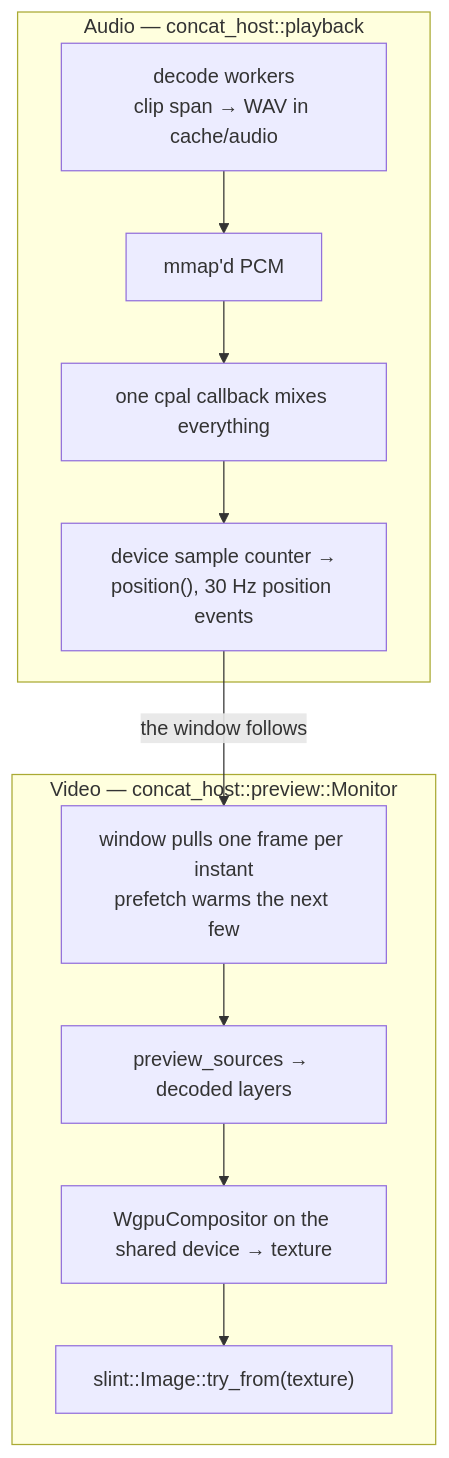
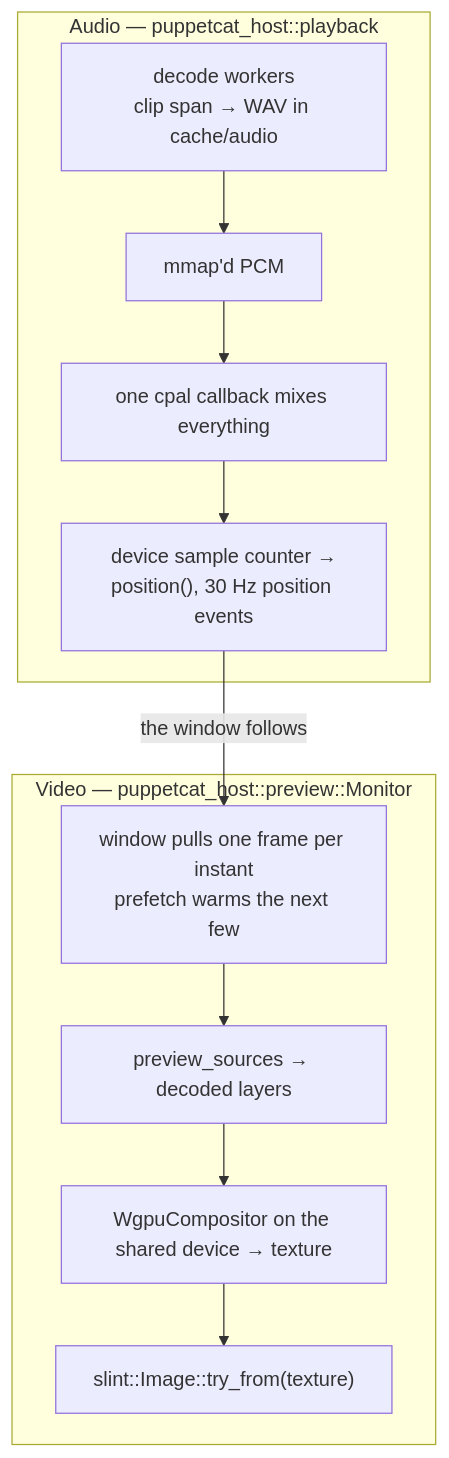
The third of 3 diagrams in ARCHITECTURE.md (optimusdag/puppetcat), drawn with Mermaid before and after one commit. The commit also changed other lines of this file and 352 other files, not shown here.

````diff
--- a/ARCHITECTURE.md
+++ b/ARCHITECTURE.md
@@ -205,18 +205,18 @@
 ```mermaid
 flowchart TB
-    subgraph AUDIO["Audio — concat_host::playback"]
+    subgraph AUDIO["Audio — puppetcat_host::playback"]
         DEC["decode workers<br/>clip span → WAV in cache/audio"]
         MMAP["mmap'd PCM"]
         CPAL["one cpal callback mixes everything"]
         CLK["device sample counter →<br/>position(), 30 Hz position events"]
         DEC --> MMAP --> CPAL --> CLK
     end
-    subgraph VIDEO["Video — concat_host::preview::Monitor"]
+    subgraph VIDEO["Video — puppetcat_host::preview::Monitor"]
         PULL["window pulls one frame per instant<br/>prefetch warms the next few"]
         PF["preview_sources → decoded layers"]
         TEX["WgpuCompositor on the shared device → texture"]
         IMG["slint::Image::try_from(texture)"]
         PULL --> PF --> TEX --> IMG
     end
     CLK -- "the window follows" --> PULL
 ```
````
